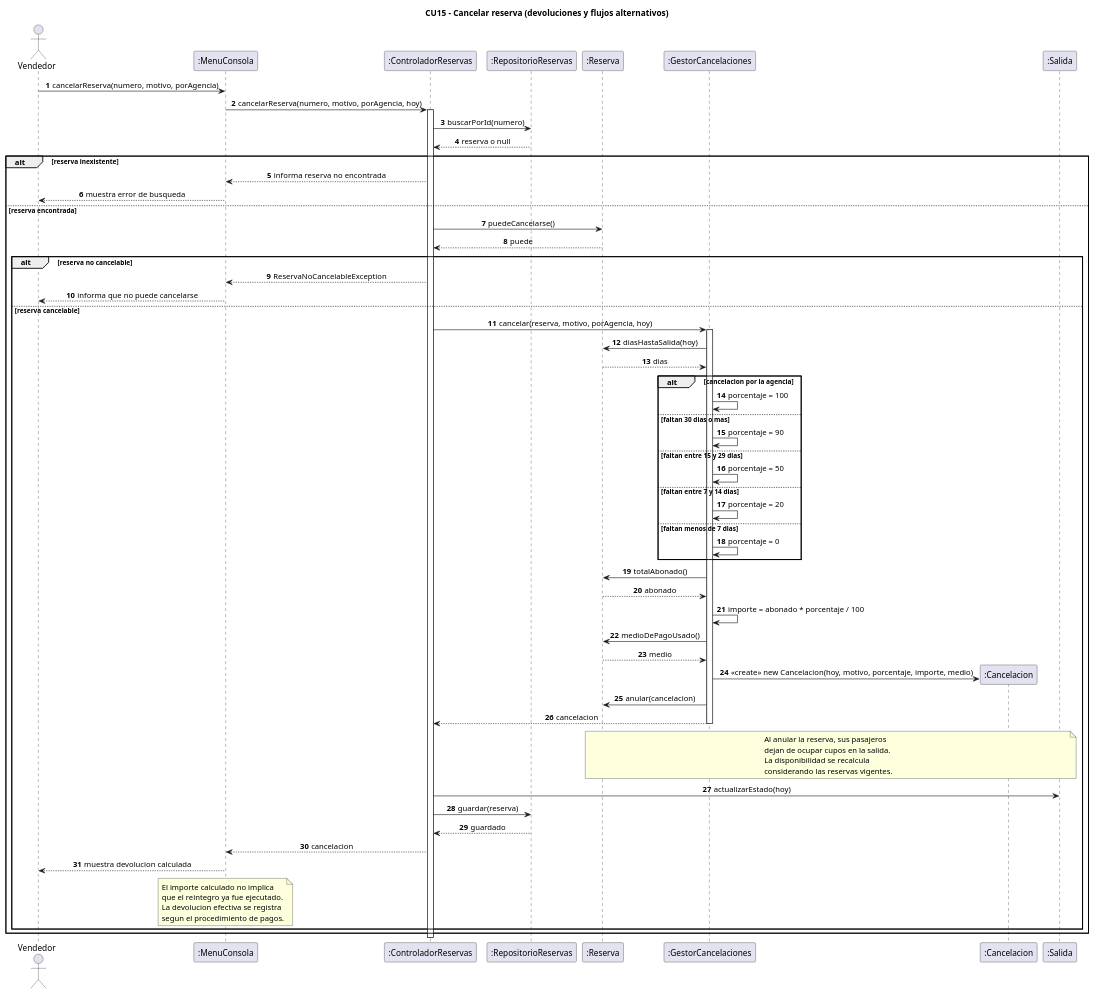
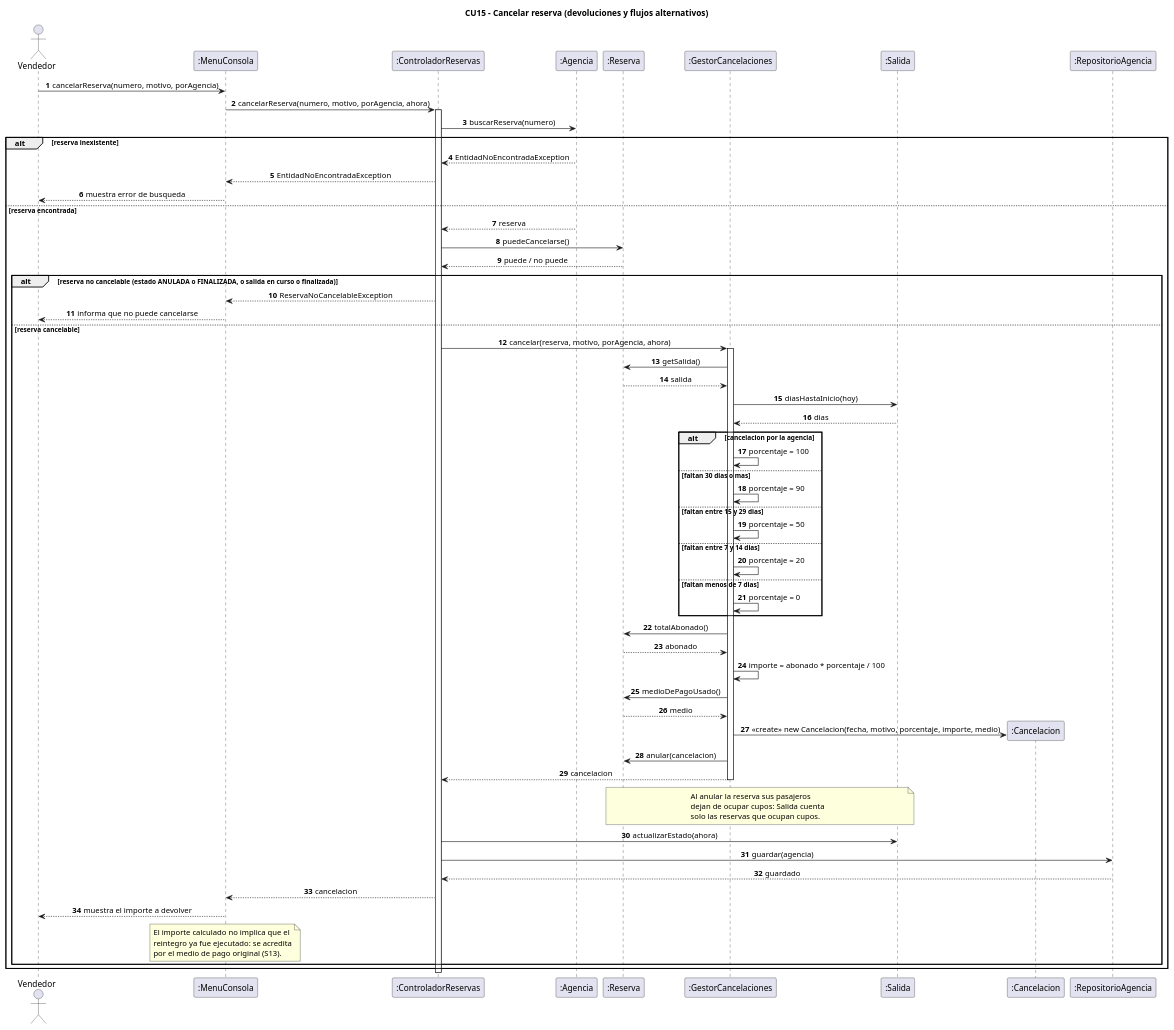
Before and after one commit to CarlosDanielOK/Avion: the diagram in docs/uml/03-secuencia-cancelar-reserva.puml, drawn with PlantUML. The commit also changed other lines of this file and 19 other files, not shown here.

First line of the commit message:
Refactorización de diagramas UML y actualización de la documentación

```diff
--- a/docs/uml/03-secuencia-cancelar-reserva.puml
+++ b/docs/uml/03-secuencia-cancelar-reserva.puml
@@ -2,96 +1,97 @@
 @startuml 03-secuencia-cancelar-reserva
 title CU15 - Cancelar reserva (devoluciones y flujos alternativos)
 
 skinparam shadowing false
 skinparam backgroundColor White
 skinparam sequenceMessageAlign center
 autonumber
 
 actor Vendedor
 participant ":MenuConsola" as UI
 participant ":ControladorReservas" as CTRL
-participant ":RepositorioReservas" as REPO
+participant ":Agencia" as AGE
 participant ":Reserva" as RES
 participant ":GestorCancelaciones" as GC
+participant ":Salida" as SAL
 participant ":Cancelacion" as CAN
-participant ":Salida" as SAL
+participant ":RepositorioAgencia" as REPO
 
 Vendedor -> UI : cancelarReserva(numero, motivo, porAgencia)
-UI -> CTRL : cancelarReserva(numero, motivo, porAgencia, hoy)
+UI -> CTRL : cancelarReserva(numero, motivo, porAgencia, ahora)
 activate CTRL
 
-CTRL -> REPO : buscarPorId(numero)
-REPO --> CTRL : reserva o null
+CTRL -> AGE : buscarReserva(numero)
 
 alt reserva inexistente
-  CTRL --> UI : informa reserva no encontrada
+  AGE --> CTRL : EntidadNoEncontradaException
+  CTRL --> UI : EntidadNoEncontradaException
   UI --> Vendedor : muestra error de busqueda
 
 else reserva encontrada
+  AGE --> CTRL : reserva
   CTRL -> RES : puedeCancelarse()
-  RES --> CTRL : puede
+  RES --> CTRL : puede / no puede
 
-  alt reserva no cancelable
+  alt reserva no cancelable (estado ANULADA o FINALIZADA, o salida en curso o finalizada)
     CTRL --> UI : ReservaNoCancelableException
     UI --> Vendedor : informa que no puede cancelarse
 
   else reserva cancelable
-    CTRL -> GC : cancelar(reserva, motivo, porAgencia, hoy)
+    CTRL -> GC : cancelar(reserva, motivo, porAgencia, ahora)
     activate GC
 
-    GC -> RES : diasHastaSalida(hoy)
-    RES --> GC : dias
+    GC -> RES : getSalida()
+    RES --> GC : salida
+    GC -> SAL : diasHastaInicio(hoy)
+    SAL --> GC : dias
 
     alt cancelacion por la agencia
       GC -> GC : porcentaje = 100
     else faltan 30 dias o mas
       GC -> GC : porcentaje = 90
     else faltan entre 15 y 29 dias
       GC -> GC : porcentaje = 50
     else faltan entre 7 y 14 dias
       GC -> GC : porcentaje = 20
     else faltan menos de 7 dias
       GC -> GC : porcentaje = 0
     end
 
     GC -> RES : totalAbonado()
     RES --> GC : abonado
 
     GC -> GC : importe = abonado * porcentaje / 100
 
     GC -> RES : medioDePagoUsado()
     RES --> GC : medio
 
     create CAN
-    GC -> CAN : <<create>> new Cancelacion(hoy, motivo, porcentaje, importe, medio)
+    GC -> CAN : <<create>> new Cancelacion(fecha, motivo, porcentaje, importe, medio)
 
     GC -> RES : anular(cancelacion)
     GC --> CTRL : cancelacion
     deactivate GC
 
     note over RES,SAL
-      Al anular la reserva, sus pasajeros
-      dejan de ocupar cupos en la salida.
-      La disponibilidad se recalcula
-      considerando las reservas vigentes.
+      Al anular la reserva sus pasajeros
+      dejan de ocupar cupos: Salida cuenta
+      solo las reservas que ocupan cupos.
     end note
 
-    CTRL -> SAL : actualizarEstado(hoy)
-    CTRL -> REPO : guardar(reserva)
+    CTRL -> SAL : actualizarEstado(ahora)
+    CTRL -> REPO : guardar(agencia)
     REPO --> CTRL : guardado
 
     CTRL --> UI : cancelacion
-    UI --> Vendedor : muestra devolucion calculada
+    UI --> Vendedor : muestra el importe a devolver
 
     note over UI
-      El importe calculado no implica
-      que el reintegro ya fue ejecutado.
-      La devolucion efectiva se registra
-      segun el procedimiento de pagos.
+      El importe calculado no implica que el
+      reintegro ya fue ejecutado: se acredita
+      por el medio de pago original (S13).
     end note
-
   end
 end
 
 deactivate CTRL
 @enduml
```
